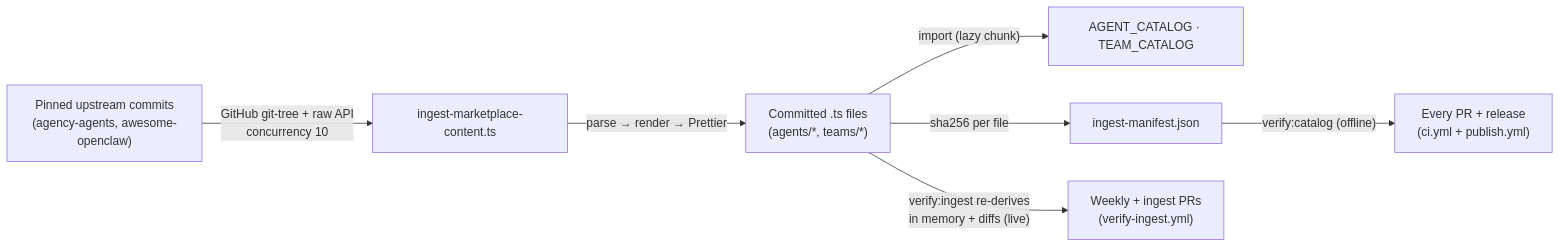
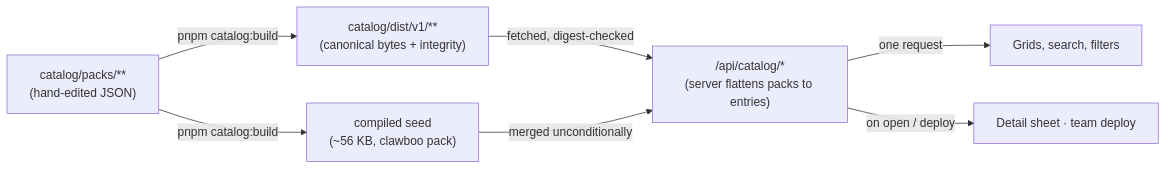
One commit to clawboo/clawboo changed the diagram in docs/reference/marketplace-catalog.md. Above: the diagram before and after it, drawn with Mermaid. The commit also changed other lines of this file and 756 other files, not shown here.

First line of the commit message:
feat(marketplace): fetch the pack catalog instead of bundling it (#184)

````diff
--- a/docs/reference/marketplace-catalog.md
+++ b/docs/reference/marketplace-catalog.md
@@ -232,9 +243,9 @@
 ```mermaid
 flowchart LR
-  A["Pinned upstream commits<br/>(agency-agents, awesome-openclaw)"] -->|"GitHub git-tree + raw API<br/>concurrency 10"| B["ingest-marketplace-content.ts"]
-  B -->|"parse → render → Prettier"| C["Committed .ts files<br/>(agents/*, teams/*)"]
-  C -->|"import (lazy chunk)"| D["AGENT_CATALOG · TEAM_CATALOG"]
-  C -->|"sha256 per file"| M["ingest-manifest.json"]
-  M -->|"verify:catalog (offline)"| E["Every PR + release<br/>(ci.yml + publish.yml)"]
-  C -->|"verify:ingest re-derives<br/>in memory + diffs (live)"| F["Weekly + ingest PRs<br/>(verify-ingest.yml)"]
+  P["catalog/packs/**<br/>(hand-edited JSON)"] -->|"pnpm catalog:build"| D["catalog/dist/v1/**<br/>(canonical bytes + integrity)"]
+  P -->|"pnpm catalog:build"| S["compiled seed<br/>(~56 KB, clawboo pack)"]
+  D -->|"fetched, digest-checked"| API["/api/catalog/*<br/>(server flattens packs to entries)"]
+  S -->|"merged unconditionally"| API
+  API -->|"one request"| G["Grids, search, filters"]
+  API -->|"on open / deploy"| B["Detail sheet · team deploy"]
 ```
````
